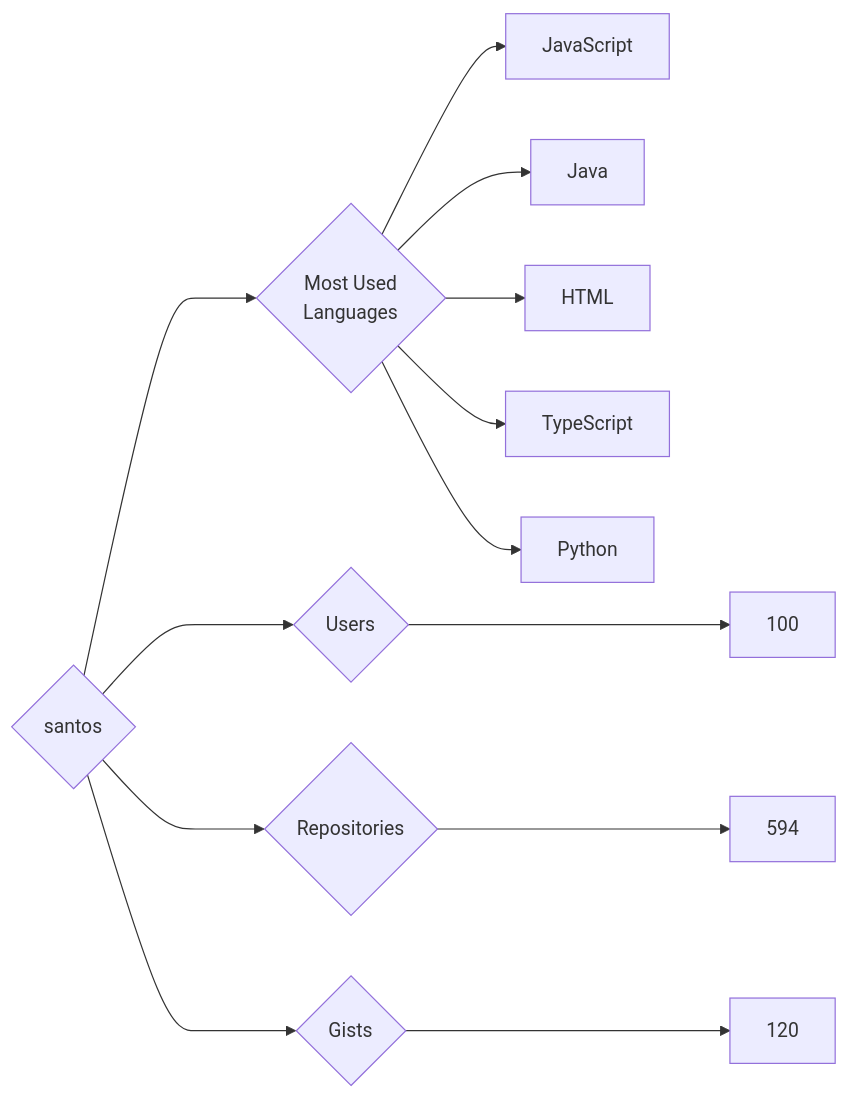
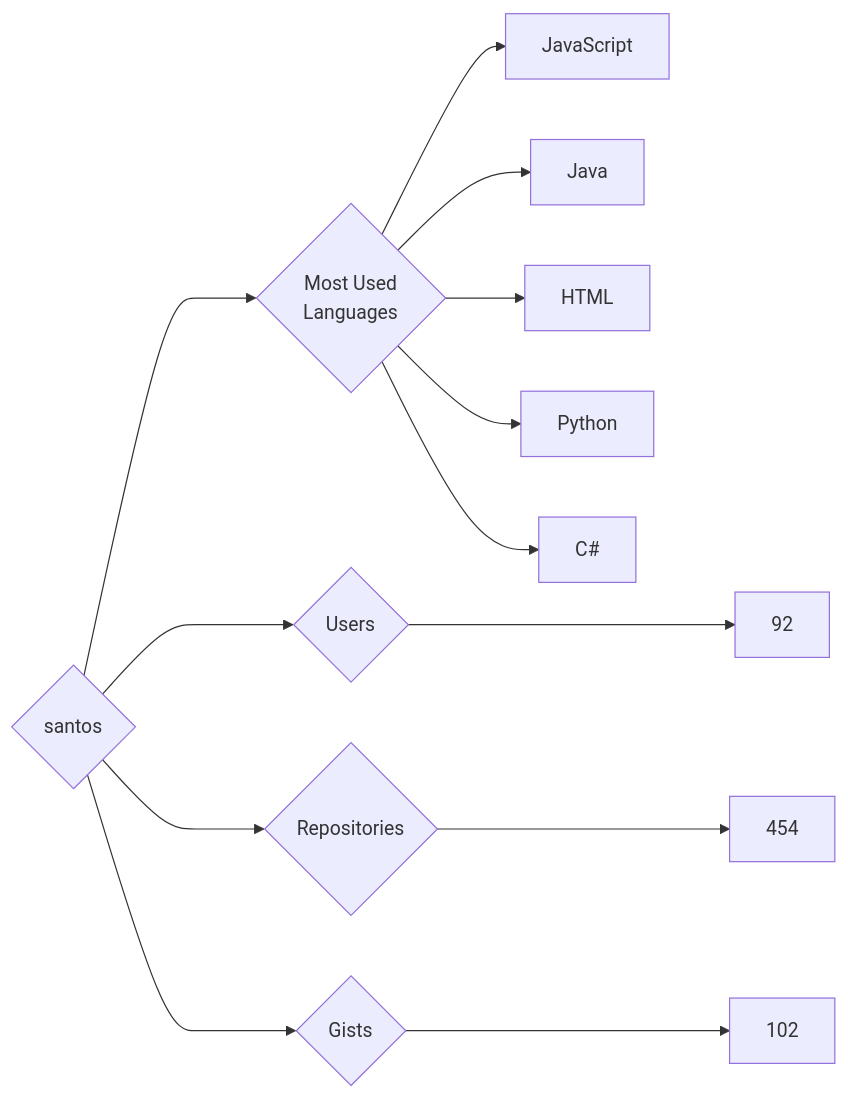
The diagram in targets/santos/README.md (trickest/insiders), drawn with Mermaid before and after one commit. The commit also changed 610 other files, not shown here.

````diff
--- a/targets/santos/README.md
+++ b/targets/santos/README.md
@@ -3,13 +3,13 @@
 ```mermaid
 graph LR
 COMPANY_NAME{santos}
-COMPANY_NAME ---> U{Users} ---> UN[100]
-COMPANY_NAME ---> R{Repositories} ---> RN[594]
-COMPANY_NAME ---> G{Gists} ---> GN[120]
+COMPANY_NAME ---> U{Users} ---> UN[92]
+COMPANY_NAME ---> R{Repositories} ---> RN[454]
+COMPANY_NAME ---> G{Gists} ---> GN[102]
 COMPANY_NAME ---> ML{Most Used<br>Languages}
 ML --> JavaScript[JavaScript]
 ML --> Java[Java]
 ML --> HTML[HTML]
-ML --> TypeScript[TypeScript]
 ML --> Python[Python]
+ML --> C#[C#]
 ```
````
